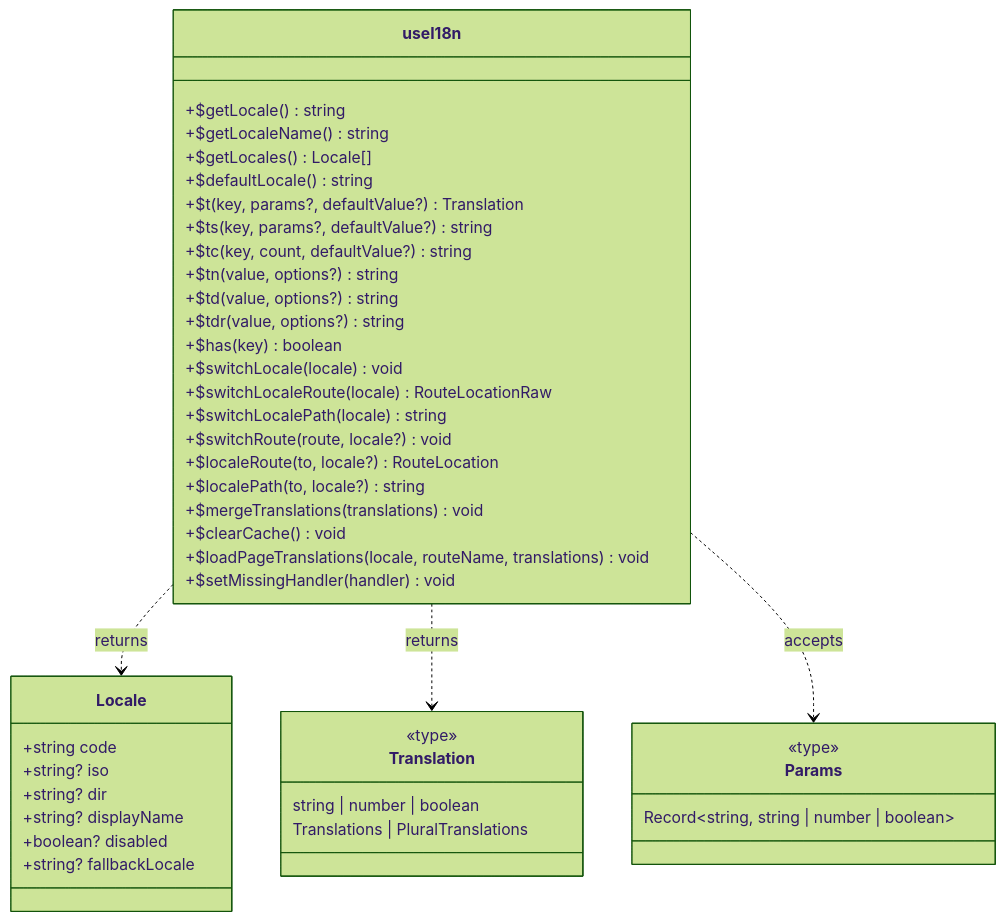
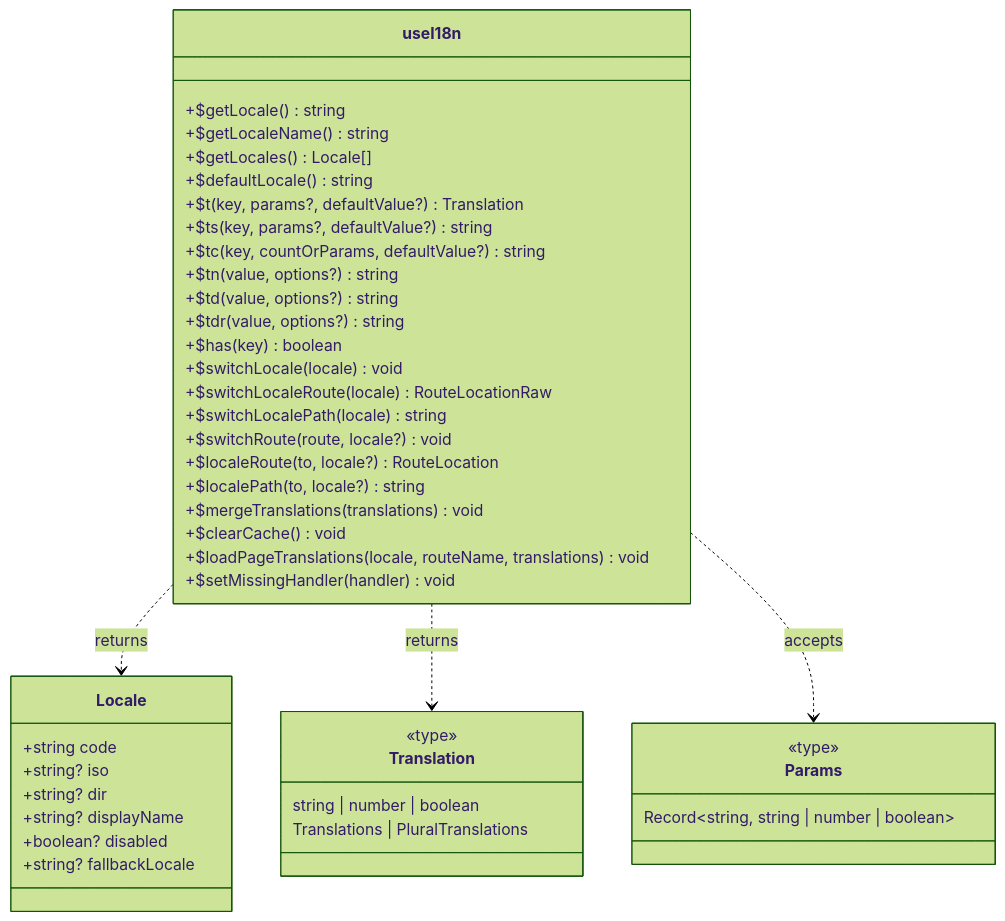
One commit to s00d/nuxt-i18n-micro changed the diagram in docs/api/methods.md. Above: the diagram before and after it, drawn with Mermaid (forest theme). The commit also changed other lines of this file and 1 other file, not shown here.

Commit message:
docs(useI18n): update `$tc` method to support `Params` objectern.

````diff
--- a/docs/api/methods.md
+++ b/docs/api/methods.md
@@ -11,50 +11,50 @@
 ```mermaid
 classDiagram
     class useI18n {
         +$getLocale() string
         +$getLocaleName() string
         +$getLocales() Locale[]
         +$defaultLocale() string
         +$t(key, params?, defaultValue?) Translation
         +$ts(key, params?, defaultValue?) string
-        +$tc(key, count, defaultValue?) string
+        +$tc(key, countOrParams, defaultValue?) string
         +$tn(value, options?) string
         +$td(value, options?) string
         +$tdr(value, options?) string
         +$has(key) boolean
         +$switchLocale(locale) void
         +$switchLocaleRoute(locale) RouteLocationRaw
         +$switchLocalePath(locale) string
         +$switchRoute(route, locale?) void
         +$localeRoute(to, locale?) RouteLocation
         +$localePath(to, locale?) string
         +$mergeTranslations(translations) void
         +$clearCache() void
         +$loadPageTranslations(locale, routeName, translations) void
         +$setMissingHandler(handler) void
     }
     
     class Locale {
         +string code
         +string? iso
         +string? dir
         +string? displayName
         +boolean? disabled
         +string? fallbackLocale
     }
     
     class Translation {
         <<type>>
         string | number | boolean
         Translations | PluralTranslations
     }
     
     class Params {
         <<type>>
         Record~string, string | number | boolean~
     }
     
     useI18n ..> Locale : returns
     useI18n ..> Translation : returns
     useI18n ..> Params : accepts
 ```
````
